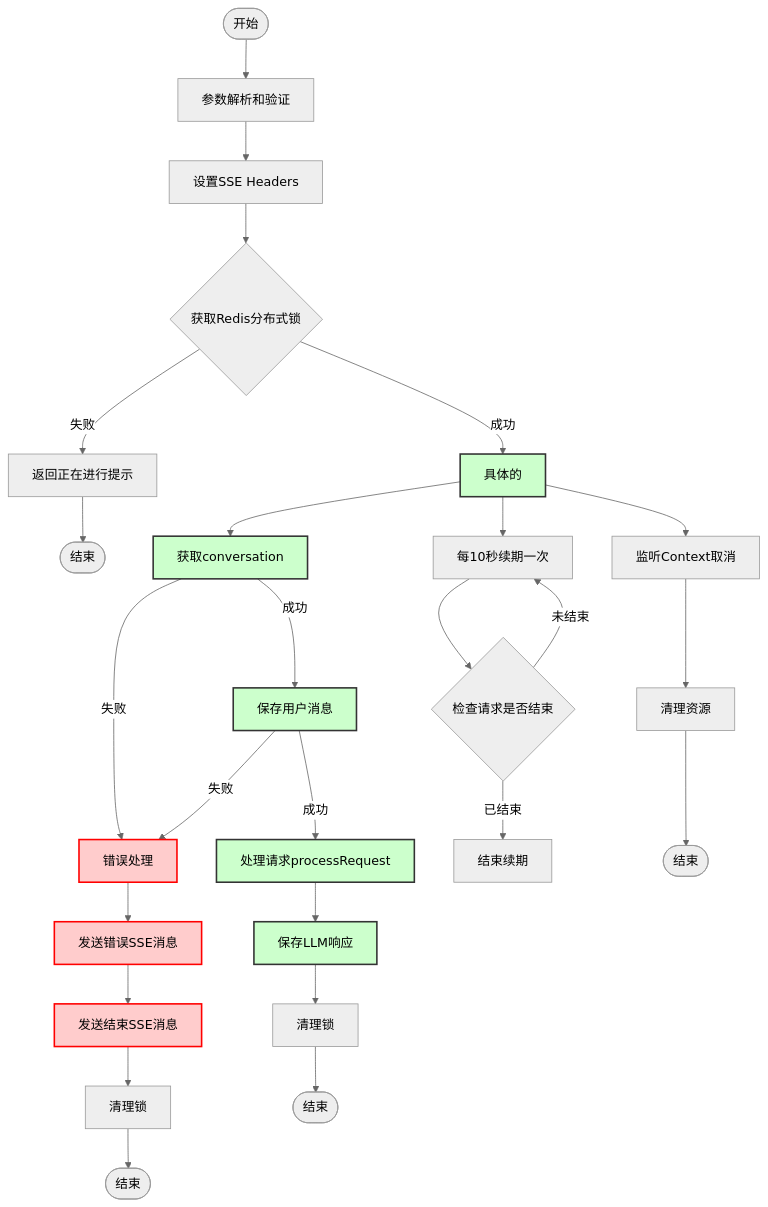
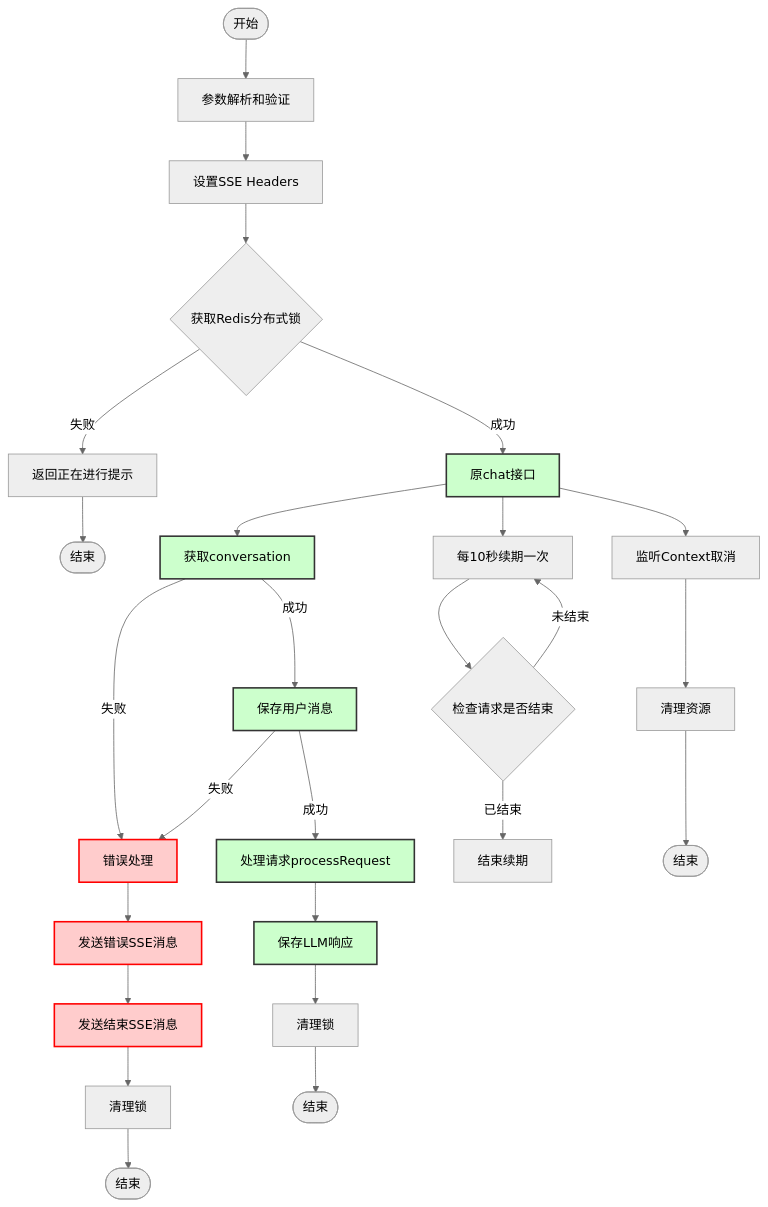
Before and after one commit to yingjianzh/iodraw-files: the diagram in all/未命名-15.md, drawn with Mermaid (neutral theme).

Commit message:
2025-01-02 17:40:37 update

````diff
--- a/all/未命名-15.md
+++ b/all/未命名-15.md
@@ -1,46 +1,46 @@
 ```mermaid
 flowchart TD
     Start([开始]) --> A[参数解析和验证]
     A --> B[设置SSE Headers]
     B --> C{获取Redis分布式锁}
     
     C -->|失败| D[返回正在进行提示]
     D --> End1([结束])
     
-    C -->|成功| E[具体的]
+    C -->|成功| E[原chat接口]
     E --> F[获取conversation]
     
     F -->|失败| G[错误处理]
     F -->|成功| H[保存用户消息]
     
     H -->|失败| G[错误处理]
     H -->|成功| I[处理请求processRequest]
     
     I --> J[保存LLM响应]
     
     %% 错误处理流程
     G --> K[发送错误SSE消息]
     K --> L[发送结束SSE消息]
     L --> M[清理锁]
     M --> End2([结束])
     
     %% 正常结束流程
     J --> N[清理锁]
     N --> End3([结束])
     
     %% 锁续期协程
     E --> O[每10秒续期一次]
     O --> P{检查请求是否结束}
     P -->|未结束| O
     P -->|已结束| Q[结束续期]
     
     %% Context取消监听
     E --> R[监听Context取消]
     R --> S[清理资源]
     S --> End4([结束])
     
     classDef error fill:#ffcccc,stroke:#ff0000,stroke-width:2px
     classDef normal fill:#ccffcc,stroke:#333,stroke-width:2px
     class G,K,L error
     class E,F,H,I,J normal
 ```
````
